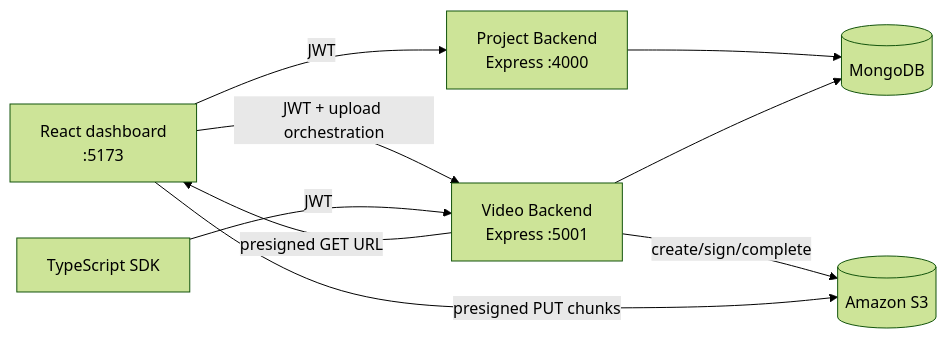
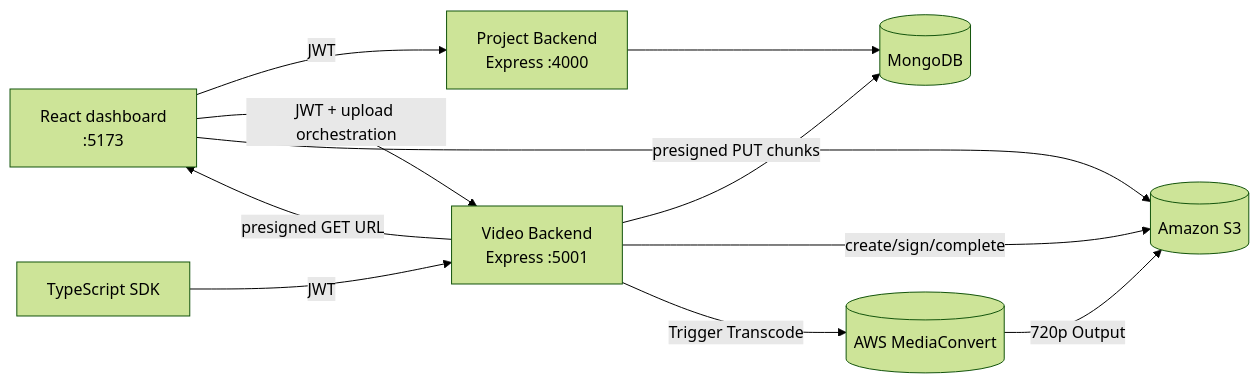
The diagram in README.md (Chetan2708/Video-Upload-Microservice), drawn with Mermaid (forest theme) before and after one commit. The commit also changed other lines of this file, not shown here.

````diff
--- a/README.md
+++ b/README.md
@@ -7,11 +7,13 @@
 ```mermaid
 flowchart LR
     Browser[React dashboard\n:5173] -->|JWT| ProjectAPI[Project Backend\nExpress :4000]
     Browser -->|JWT + upload orchestration| VideoAPI[Video Backend\nExpress :5001]
     SDK[TypeScript SDK] -->|JWT| VideoAPI
     ProjectAPI --> Mongo[(MongoDB)]
     VideoAPI --> Mongo
     VideoAPI -->|create/sign/complete| S3[(Amazon S3)]
     Browser -->|presigned PUT chunks| S3
+    VideoAPI -->|Trigger Transcode| MediaConvert[(AWS MediaConvert)]
+    MediaConvert -->|720p Output| S3
     VideoAPI -->|presigned GET URL| Browser
 ```
````
